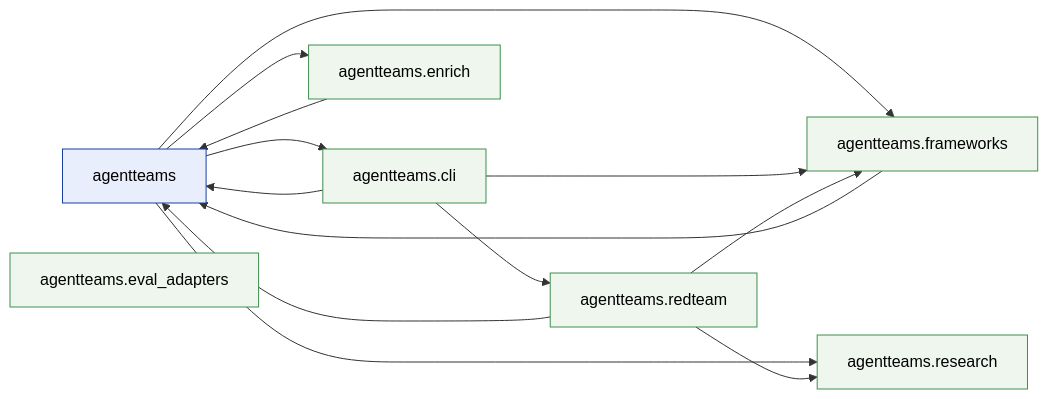
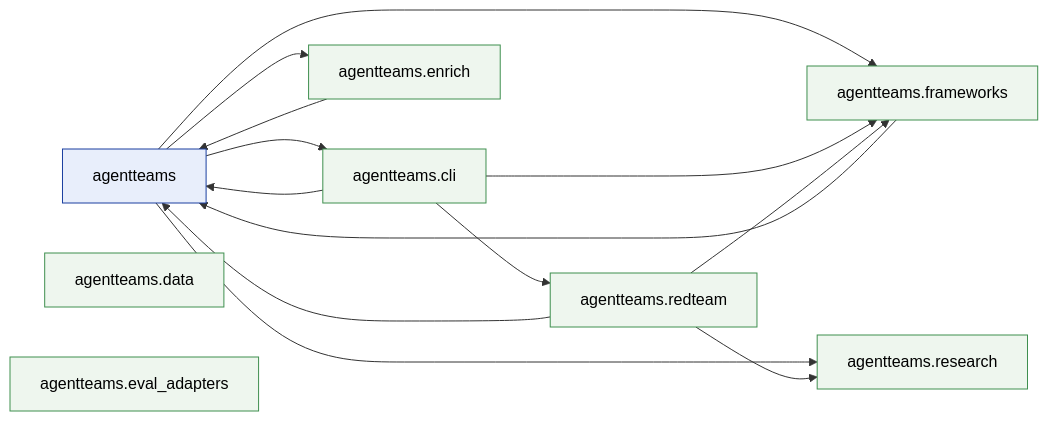
One commit to jlcatonjr/agentteams changed the first of 2 diagrams in references/architecture-graph.md. Above: the diagram before and after it, drawn with Mermaid. The commit also changed other lines of this file and 21 other files, not shown here.

````diff
--- a/references/architecture-graph.md
+++ b/references/architecture-graph.md
@@ -280,31 +282,33 @@
 ```mermaid
 flowchart LR
     classDef root fill:#e8eefb,stroke:#1b3fa0,color:#000
     classDef sub  fill:#eef6ee,stroke:#3f8f4f,color:#000
     agentteams["agentteams"]
     class agentteams root
     agentteams_cli["agentteams.cli"]
     class agentteams_cli sub
+    agentteams_data["agentteams.data"]
+    class agentteams_data sub
     agentteams_enrich["agentteams.enrich"]
     class agentteams_enrich sub
     agentteams_eval_adapters["agentteams.eval_adapters"]
     class agentteams_eval_adapters sub
     agentteams_frameworks["agentteams.frameworks"]
     class agentteams_frameworks sub
     agentteams_redteam["agentteams.redteam"]
     class agentteams_redteam sub
     agentteams_research["agentteams.research"]
     class agentteams_research sub
     agentteams --> agentteams_cli
     agentteams --> agentteams_enrich
     agentteams --> agentteams_frameworks
     agentteams --> agentteams_research
     agentteams_cli --> agentteams
     agentteams_cli --> agentteams_frameworks
     agentteams_cli --> agentteams_redteam
     agentteams_enrich --> agentteams
     agentteams_frameworks --> agentteams
     agentteams_redteam --> agentteams
     agentteams_redteam --> agentteams_frameworks
     agentteams_redteam --> agentteams_research
 ```
````
